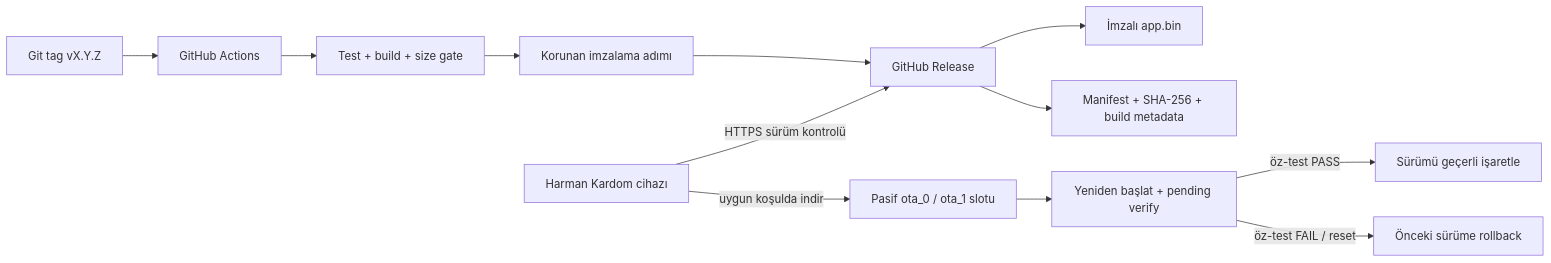
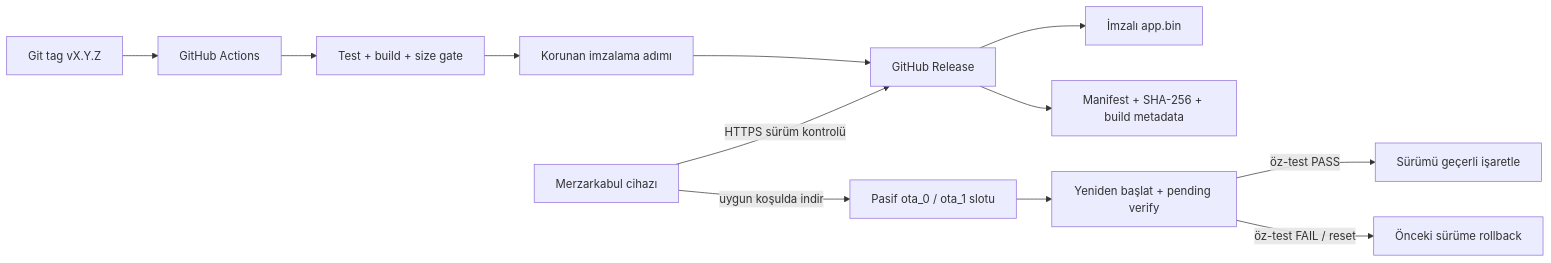
One commit to ktahatastan/esp32-airplay-speakers changed the diagram in docs/03-firmware/ota-and-release-plan.md. Above: the diagram before and after it, drawn with Mermaid. The commit also changed other lines of this file and 226 other files, not shown here.

````diff
--- a/docs/03-firmware/ota-and-release-plan.md
+++ b/docs/03-firmware/ota-and-release-plan.md
@@ -19,14 +19,14 @@
 ```mermaid
 flowchart LR
     TAG[Git tag vX.Y.Z] --> CI[GitHub Actions]
     CI --> TEST[Test + build + size gate]
     TEST --> SIGN[Korunan imzalama adımı]
     SIGN --> REL[GitHub Release]
     REL --> BIN[İmzalı app.bin]
     REL --> MAN[Manifest + SHA-256 + build metadata]
-    DEV[Harman Kardom cihazı] -->|HTTPS sürüm kontrolü| REL
+    DEV[Merzarkabul cihazı] -->|HTTPS sürüm kontrolü| REL
     DEV -->|uygun koşulda indir| SLOT[Pasif ota_0 / ota_1 slotu]
     SLOT --> BOOT[Yeniden başlat + pending verify]
     BOOT -->|öz-test PASS| VALID[Sürümü geçerli işaretle]
     BOOT -->|öz-test FAIL / reset| ROLL[Önceki sürüme rollback]
 ```
````
